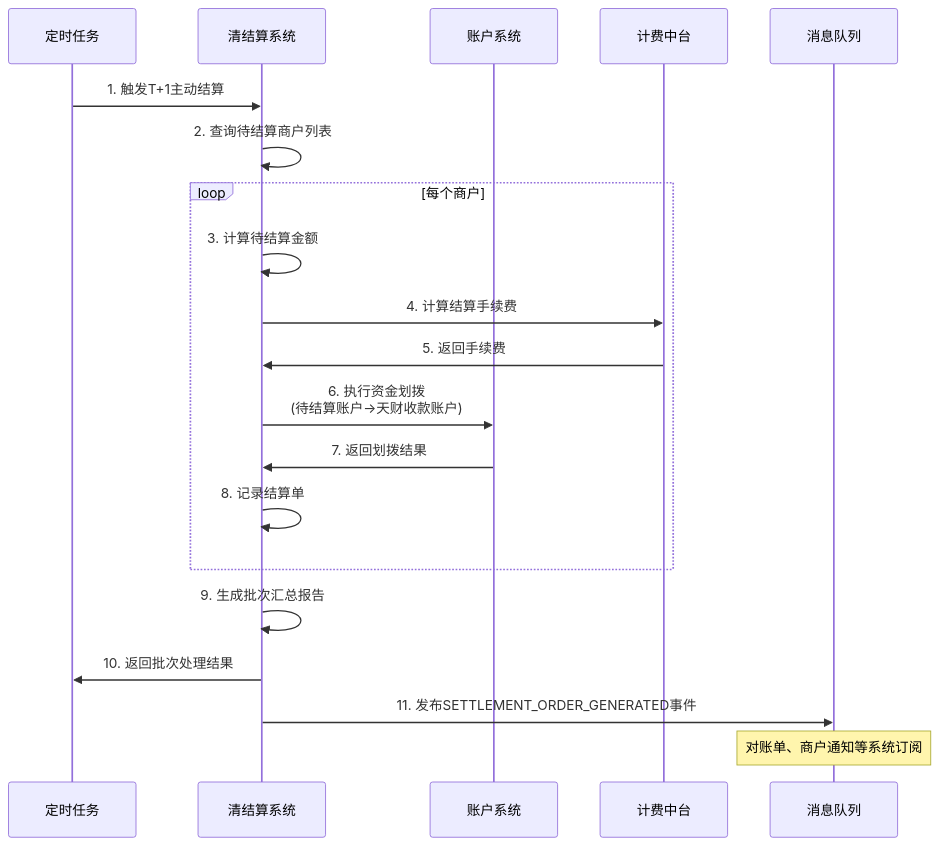
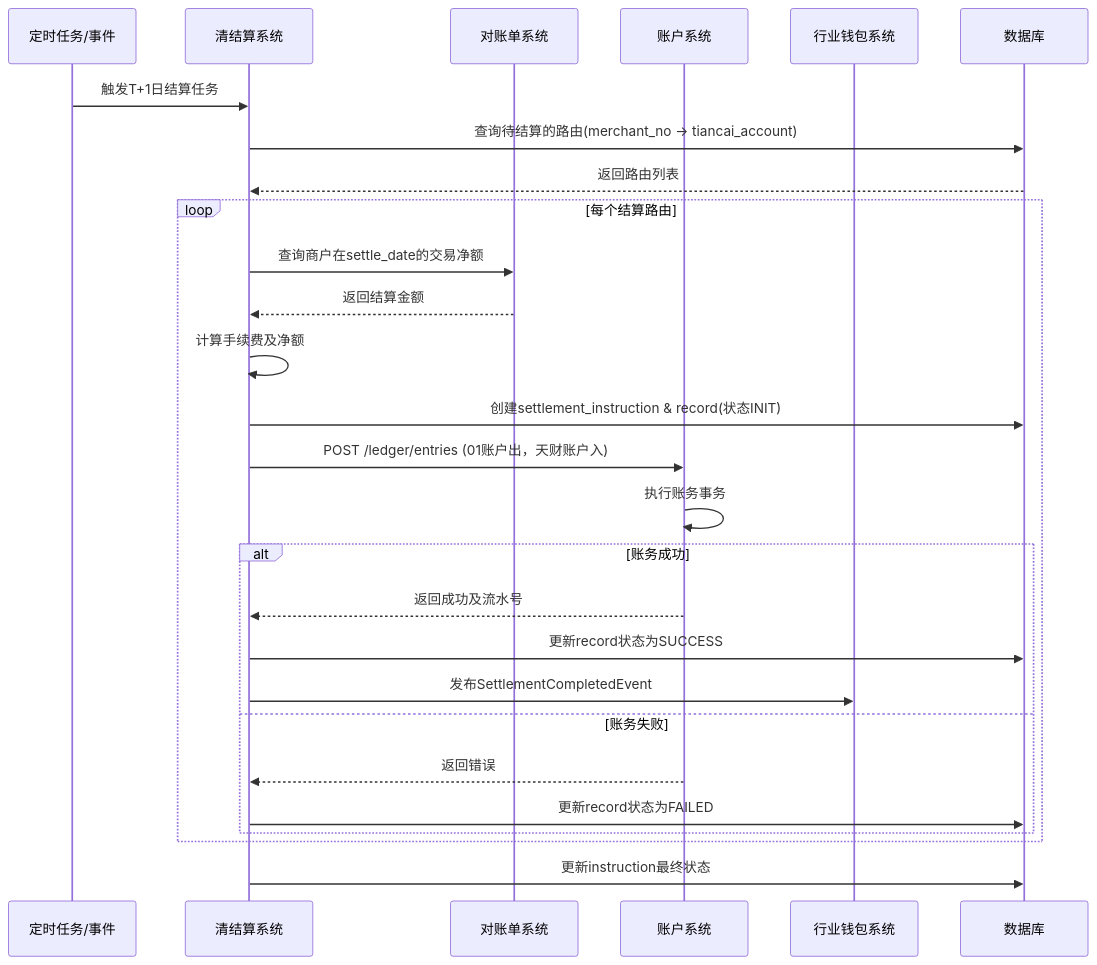
Before and after one commit to youzi211/AiCoding: the first of 2 diagrams in data/天财分账需求/gpt-5.2/workspace/02_modules/module_清结算系统.md, drawn with Mermaid. The commit also changed other lines of this file and 29 other files, not shown here.

````diff
--- a/data/天财分账需求/gpt-5.2/workspace/02_modules/module_清结算系统.md
+++ b/data/天财分账需求/gpt-5.2/workspace/02_modules/module_清结算系统.md
@@ -574,24 +239,30 @@
 ```mermaid
 sequenceDiagram
-    participant Job as 定时任务
+    participant Scheduler as 定时任务/事件
     participant S as 清结算系统
+    participant B as 对账单系统
     participant A as 账户系统
-    participant B as 计费中台
-    participant MQ as 消息队列
+    participant W as 行业钱包系统
+    participant DB as 数据库
 
-    Job->>S: 1. 触发T+1主动结算
-    S->>S: 2. 查询待结算商户列表
-    loop 每个商户
-        S->>S: 3. 计算待结算金额
-        S->>B: 4. 计算结算手续费
-        B->>S: 5. 返回手续费
-        S->>A: 6. 执行资金划拨<br/>(待结算账户→天财收款账户)
-        A->>S: 7. 返回划拨结果
-        S->>S: 8. 记录结算单
+    Scheduler->>S: 触发T+1日结算任务
+    S->>DB: 查询待结算的路由(merchant_no -> tiancai_account)
+    DB-->>S: 返回路由列表
+    loop 每个结算路由
+        S->>B: 查询商户在settle_date的交易净额
+        B-->>S: 返回结算金额
+        S->>S: 计算手续费及净额
+        S->>DB: 创建settlement_instruction & record(状态INIT)
+        S->>A: POST /ledger/entries (01账户出，天财账户入)
+        A->>A: 执行账务事务
+        alt 账务成功
+            A-->>S: 返回成功及流水号
+            S->>DB: 更新record状态为SUCCESS
+            S->>W: 发布SettlementCompletedEvent
+        else 账务失败
+            A-->>S: 返回错误
+            S->>DB: 更新record状态为FAILED
+        end
     end
-    S->>S: 9. 生成批次汇总报告
-    S->>Job: 10. 返回批次处理结果
-    
-    S->>MQ: 11. 发布SETTLEMENT_ORDER_GENERATED事件
-    Note over MQ: 对账单、商户通知等系统订阅
+    S->>DB: 更新instruction最终状态
 ```
````
